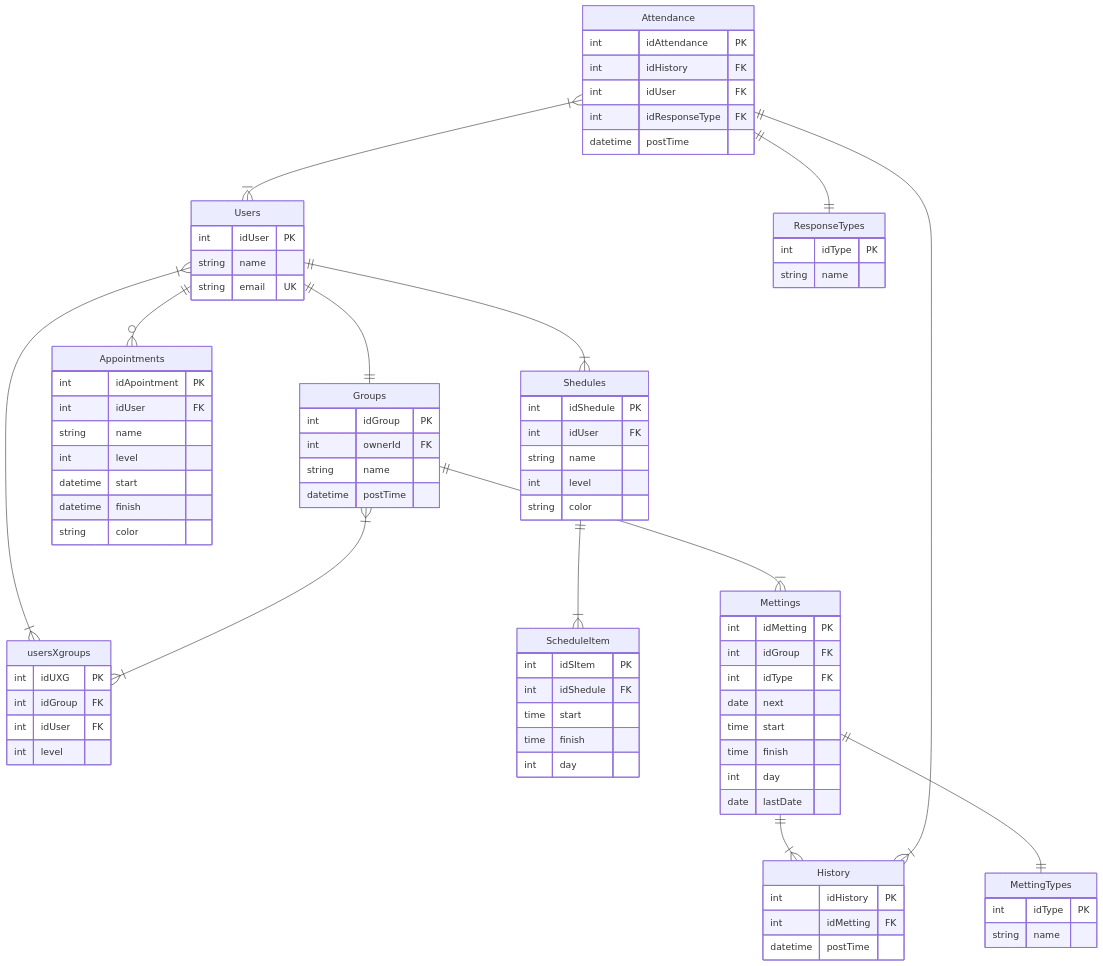
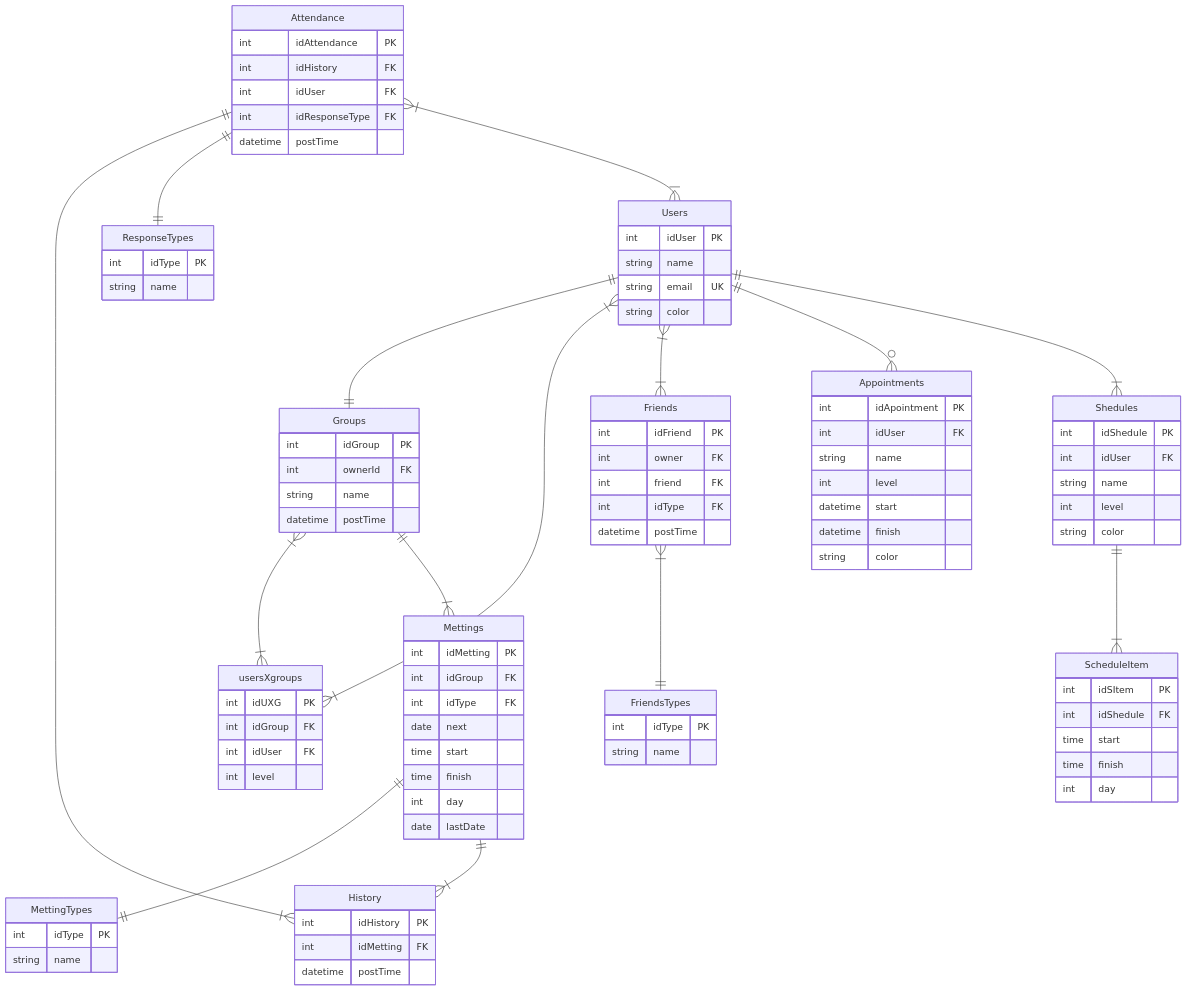
The diagram in Backend/db/readme.md (AvocadoAguacate/loop_me_in), drawn with Mermaid before and after one commit.

Commit message:
ADD friends to design

```diff
--- a/Backend/db/readme.md
+++ b/Backend/db/readme.md
@@ -6,6 +6,7 @@
     int idUser PK
     string name
     string email UK
+    string color
   }
   Groups {
     int idGroup PK
@@ -13,15 +14,28 @@
     string name 
     datetime postTime
   }
+  Users ||--||Groups: ""
   usersXgroups{
     int idUXG PK
     int idGroup FK
     int idUser FK
     int level 
   }
-  Users ||--||Groups: ""
   Users }|--|{  usersXgroups: ""
   Groups }|--|{  usersXgroups: ""
+  Friends {
+    int idFriend PK
+    int owner FK
+    int friend FK
+    int idType FK
+    datetime postTime
+  }
+  Users }|--|{  Friends: ""
+  FriendsTypes{
+    int idType PK
+    string name
+  }
+  Friends }|--||  FriendsTypes: ""
   Appointments{
     int idApointment PK
     int idUser FK
```
